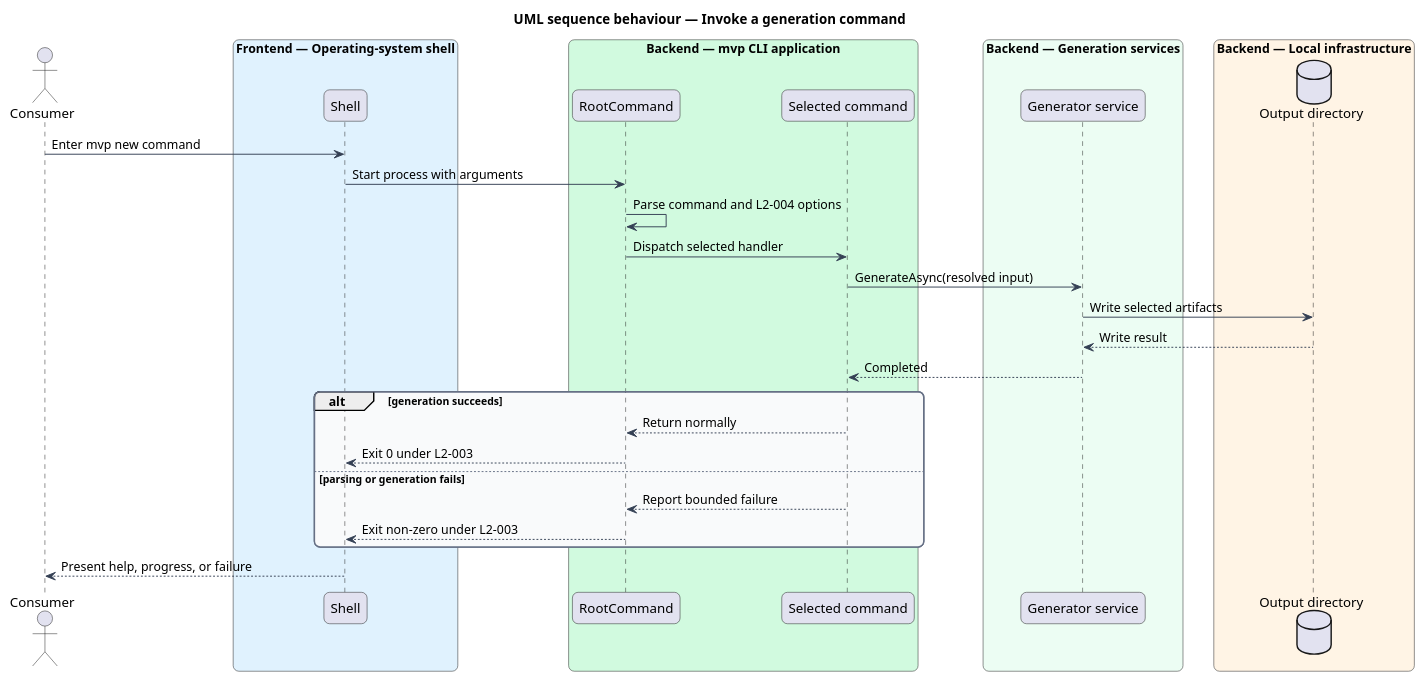
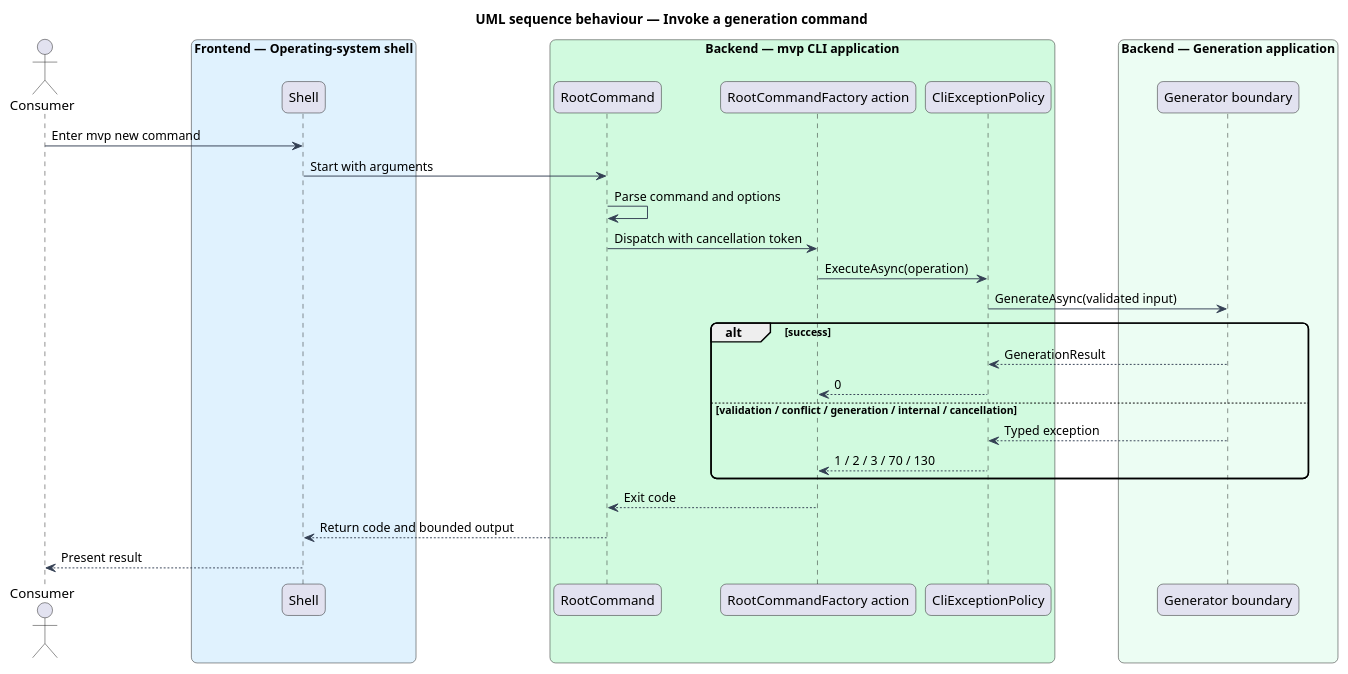
The diagram in docs/detailed-designs/command-line/invoke-the-cli/diagrams/sequence-invoke.puml (QuinntyneBrown/mvp), drawn with PlantUML before and after one commit. The commit also changed 63 other files, not shown here.

First line of the commit message:
docs: update requirements, designs, README, and skill for the new architecture

```diff
--- a/docs/detailed-designs/command-line/invoke-the-cli/diagrams/sequence-invoke.puml
+++ b/docs/detailed-designs/command-line/invoke-the-cli/diagrams/sequence-invoke.puml
@@ -1,47 +1,36 @@
 @startuml
 title UML sequence behaviour — Invoke a generation command
 skinparam backgroundColor #FFFFFF
 skinparam shadowing false
 skinparam roundcorner 12
 skinparam defaultFontName Arial
 skinparam ArrowColor #344054
-skinparam rectangle {
-  BorderColor #344054
-  FontColor #101828
-}
-skinparam package {
-  BorderColor #667085
-  FontColor #101828
-  BackgroundColor #F9FAFB
-}
 actor "Consumer" as actor
 box "Frontend — Operating-system shell" #E0F2FE
   participant "Shell" as shell
 end box
 box "Backend — mvp CLI application" #D1FADF
   participant "RootCommand" as root
-  participant "Selected command" as command
+  participant "RootCommandFactory action" as command
+  participant "CliExceptionPolicy" as policy
 end box
-box "Backend — Generation services" #ECFDF3
-  participant "Generator service" as generator
-end box
-box "Backend — Local infrastructure" #FFF4E5
-  database "Output directory" as output
+box "Backend — Generation application" #ECFDF3
+  participant "Generator boundary" as generator
 end box
 actor -> shell : Enter mvp new command
-shell -> root : Start process with arguments
-root -> root : Parse command and L2-004 options
-root -> command : Dispatch selected handler
-command -> generator : GenerateAsync(resolved input)
-generator -> output : Write selected artifacts
-output --> generator : Write result
-generator --> command : Completed
-alt generation succeeds
-  command --> root : Return normally
-  root --> shell : Exit 0 under L2-003
-else parsing or generation fails
-  command --> root : Report bounded failure
-  root --> shell : Exit non-zero under L2-003
+shell -> root : Start with arguments
+root -> root : Parse command and options
+root -> command : Dispatch with cancellation token
+command -> policy : ExecuteAsync(operation)
+policy -> generator : GenerateAsync(validated input)
+alt success
+  generator --> policy : GenerationResult
+  policy --> command : 0
+else validation / conflict / generation / internal / cancellation
+  generator --> policy : Typed exception
+  policy --> command : 1 / 2 / 3 / 70 / 130
 end
-shell --> actor : Present help, progress, or failure
+command --> root : Exit code
+root --> shell : Return code and bounded output
+shell --> actor : Present result
 @enduml
```
